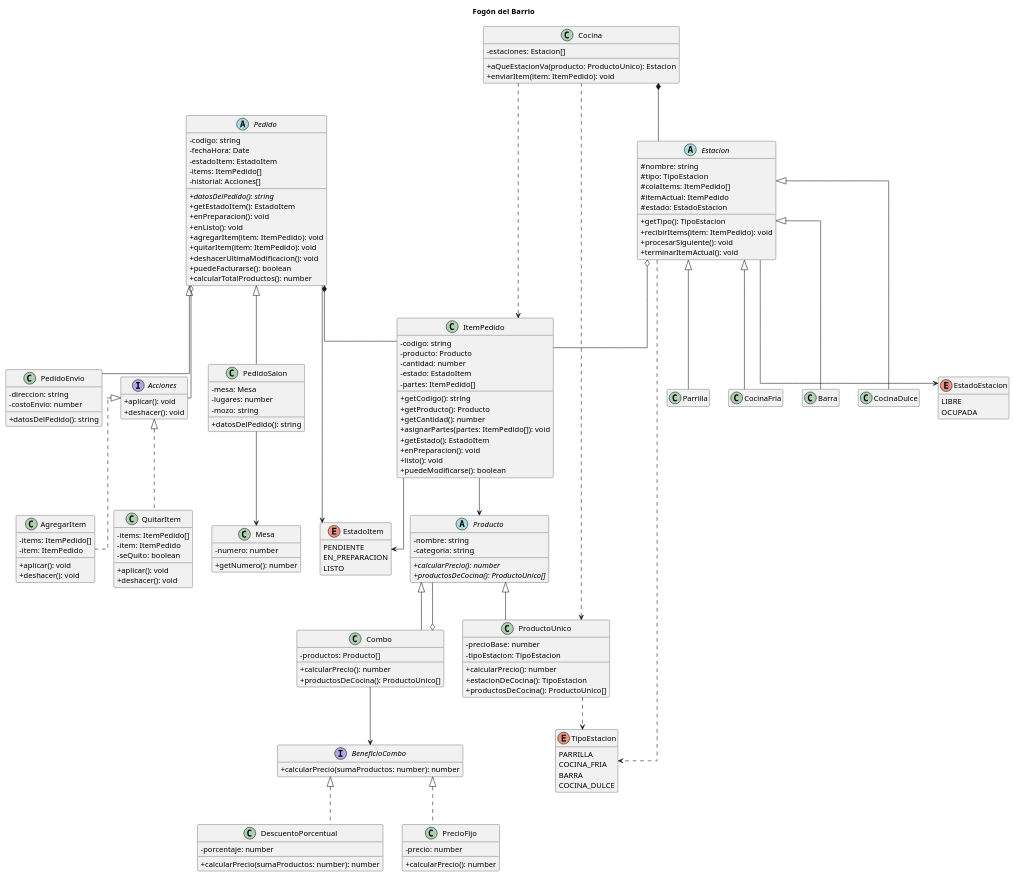
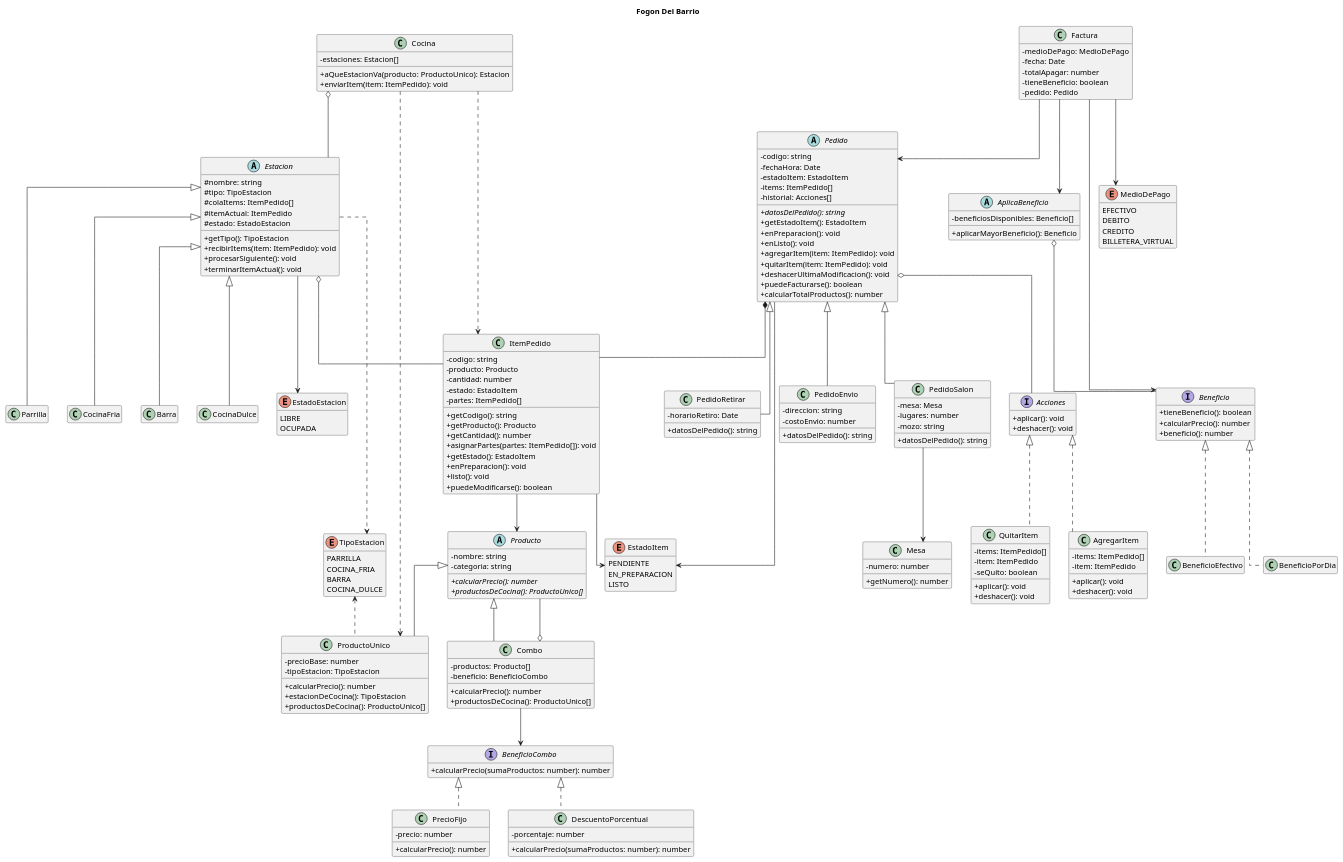
Before and after one commit to Laszlo-GAN/TP-Programacion-2--Grupo-12: the diagram in diagrama/diagrama de clases Fogon del Barrio.puml, drawn with PlantUML.

Commit message:
Diagrama final actualizado

```diff
--- a/diagrama/diagrama de clases Fogon del Barrio.puml
+++ b/diagrama/diagrama de clases Fogon del Barrio.puml
@@ -1,10 +1,10 @@
-@startuml 
+@startuml Fogon Del Barrio
 
 skinparam classAttributeIconSize 0
 skinparam linetype ortho
 hide empty members
 
-title Fogón del Barrio 
+title Fogon Del Barrio
 
 ' ========== PEDIDOS ==========
 
@@ -26,86 +26,55 @@
   + calcularTotalProductos(): number
 }
 
-class PedidoSalon {
+class Mesa {
+  - numero: number
+
+  + getNumero(): number
+}
+
+class PedidoSalon{
   - mesa: Mesa
   - lugares: number
   - mozo: string
- 
+
   + datosDelPedido(): string
 }
 
-class PedidoEnvio {
+class PedidoRetirar {
+  - horarioRetiro: Date
+
+  + datosDelPedido(): string
+}
+
+class PedidoEnvio{
   - direccion: string
   - costoEnvio: number
 
   + datosDelPedido(): string
 }
 
-class Mesa {
-  - numero: number
+Pedido <|-- PedidoSalon
+Pedido <|-- PedidoRetirar
+Pedido <|-- PedidoEnvio
+PedidoSalon --> Mesa
 
-  + getNumero(): number
-}
+' ============== PRODUCTO ===========
 
-' ========== ITEMS ==========
-
-class ItemPedido {
-  - codigo: string
-  - producto: Producto
-  - cantidad: number
-  - estado: EstadoItem
-  - partes: ItemPedido[]
-
-  + getCodigo(): string
-  + getProducto(): Producto
-  + getCantidad(): number
-  + asignarPartes(partes: ItemPedido[]): void
-  + getEstado(): EstadoItem
-  + enPreparacion(): void
-  + listo(): void
-  + puedeModificarse(): boolean
-}
-
-enum EstadoItem {
-  PENDIENTE
-  EN_PREPARACION
-  LISTO
-}
-
-' ========== PRODUCTOS ==========
-
-abstract class Producto {
+abstract class Producto{
   - nombre: string
   - categoria: string
- 
+  
   + {abstract} calcularPrecio(): number
   + {abstract} productosDeCocina(): ProductoUnico[]
 }
 
-class ProductoUnico {
+class ProductoUnico{
   - precioBase: number
   - tipoEstacion: TipoEstacion
 
   + calcularPrecio(): number
   + estacionDeCocina(): TipoEstacion
   + productosDeCocina(): ProductoUnico[]
-}
-
-class Combo {
-  - productos: Producto[]
-
-  + calcularPrecio(): number
-  + productosDeCocina(): ProductoUnico[]
-}
-
-interface BeneficioCombo {
-  + calcularPrecio(sumaProductos: number): number
-}
-
-class DescuentoPorcentual {
-  - porcentaje: number
-
-  + calcularPrecio(sumaProductos: number): number
 }
 
 class PrecioFijo {
@@ -142,8 +111,15 @@
   BARRA
   COCINA_DULCE
 }
+Acciones <|.. AgregarItem
+Acciones <|.. QuitarItem
+Pedido o-- Acciones
+Pedido*--  ItemPedido
+Pedido --> EstadoItem
+Producto <|-- ProductoUnico
+Producto <|-- Combo
 
-' ========== COCINA Y ESTACIONES ==========
+' ================= Cocina y Estaciones ===============
 
 class Cocina {
   - estaciones: Estacion[]
@@ -178,39 +154,106 @@
   OCUPADA
 }
 
-' ========== RELACIONES ==========
-
-Pedido <|-- PedidoSalon
-Pedido <|-- PedidoEnvio
-PedidoSalon --> Mesa
-
-Pedido  *--  ItemPedido
-Pedido --> EstadoItem
-ItemPedido --> EstadoItem
-ItemPedido --> Producto
-
-Producto <|-- ProductoUnico
-Producto <|-- Combo
-ProductoUnico ..> TipoEstacion
-Combo o--  Producto 
-Combo --> BeneficioCombo
-BeneficioCombo <|.. DescuentoPorcentual
-BeneficioCombo <|.. PrecioFijo
-
-Acciones <|.. AgregarItem
-Acciones <|.. QuitarItem
-Pedido o--  Acciones
-
-Cocina *--  Estacion
-Cocina ..> ProductoUnico 
-Cocina ..> ItemPedido 
-
+ProductoUnico .u.> TipoEstacion
+Estacion --> EstadoEstacion
+Estacion ..> TipoEstacion
+Cocina o--  Estacion
+Cocina ..> ProductoUnico
+Cocina ..> ItemPedido
 Estacion <|-- Parrilla
 Estacion <|-- CocinaFria
 Estacion <|-- Barra
 Estacion <|-- CocinaDulce
-Estacion --> EstadoEstacion
-Estacion ..> TipoEstacion
-Estacion o--  ItemPedido
+Estacion o--  ItemPedido 
+
+' ============= Items ===========
+
+class ItemPedido {
+  - codigo: string
+  - producto: Producto
+  - cantidad: number
+  - estado: EstadoItem
+  - partes: ItemPedido[]
+
+  + getCodigo(): string
+  + getProducto(): Producto
+  + getCantidad(): number
+  + asignarPartes(partes: ItemPedido[]): void
+  + getEstado(): EstadoItem
+  + enPreparacion(): void
+  + listo(): void
+  + puedeModificarse(): boolean
+}
+
+enum EstadoItem {
+  PENDIENTE
+  EN_PREPARACION
+  LISTO
+}
+
+ItemPedido --> EstadoItem
+ItemPedido --> Producto
+
+
+' ========= beneficios ===========
+
+abstract class AplicaBeneficio{
+  - beneficiosDisponibles: Beneficio[]
+
+  + aplicarMayorBeneficio(): Beneficio
+}
+interface Beneficio{
+  + tieneBeneficio(): boolean
+  + calcularPrecio(): number
+  + beneficio(): number
+}
+
+class Combo{
+  - productos: Producto[]
+  - beneficio: BeneficioCombo
+
+  + calcularPrecio(): number
+  + productosDeCocina(): ProductoUnico[]
+}
+
+interface BeneficioCombo {
+  + calcularPrecio(sumaProductos: number): number
+}
+
+class DescuentoPorcentual {
+  - porcentaje: number
+
+  + calcularPrecio(sumaProductos: number): number
+}
+
+Beneficio <|.. BeneficioPorDia
+Beneficio <|.. BeneficioEfectivo
+AplicaBeneficio o-- Beneficio
+Combo --> BeneficioCombo
+Combo o--  Producto 
+BeneficioCombo <|.. DescuentoPorcentual
+BeneficioCombo <|.. PrecioFijo
+
+'========== factura =======
+
+class Factura{
+  - medioDePago: MedioDePago
+  - fecha: Date
+  - totalApagar: number
+  - tieneBeneficio: boolean
+  - pedido: Pedido
+}
+
+enum MedioDePago {
+  EFECTIVO
+  DEBITO
+  CREDITO
+  BILLETERA_VIRTUAL
+}
+
+Factura --> Pedido
+Factura --> MedioDePago
+Factura --> Beneficio
+Factura --> AplicaBeneficio
 
 @enduml
```
